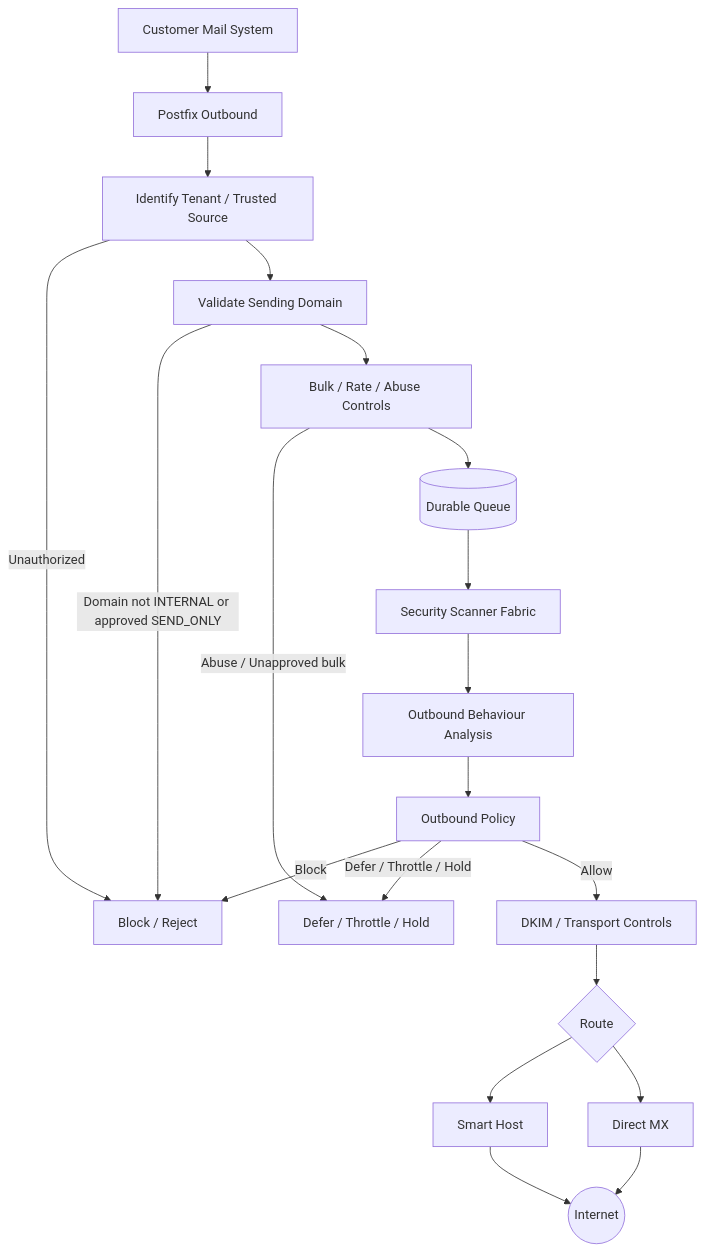
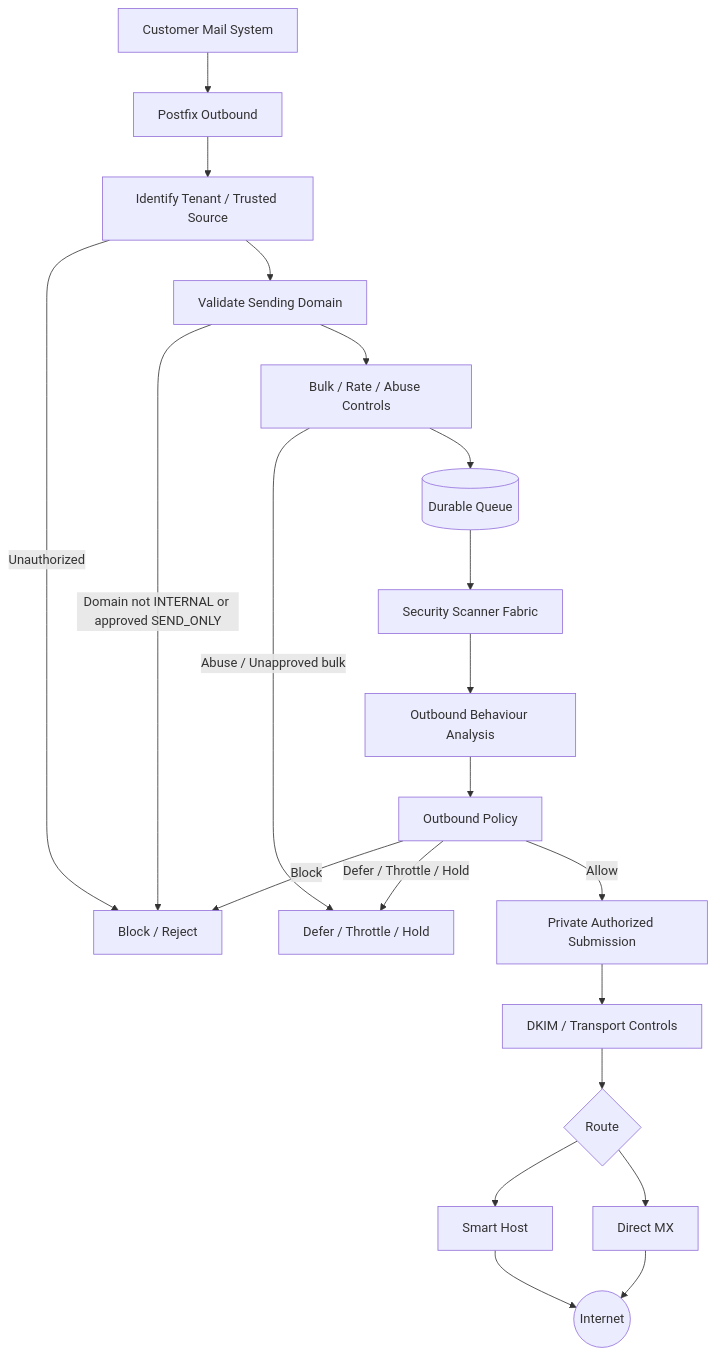
One commit to Oba-SEG/Nullapart changed the diagram in docs/diagrams/02-outbound-mail-flow.mmd. Above: the diagram before and after it, drawn with Mermaid. The commit also changed 12 other files, not shown here.

Commit message:
Harden private outbound DKIM signing

```diff
--- a/docs/diagrams/02-outbound-mail-flow.mmd
+++ b/docs/diagrams/02-outbound-mail-flow.mmd
@@ -1,30 +1,31 @@
 flowchart TD
     Customer[Customer Mail System]
     Postfix[Postfix Outbound]
     Tenant[Identify Tenant / Trusted Source]
     Domain[Validate Sending Domain]
     Bulk[Bulk / Rate / Abuse Controls]
     Queue[(Durable Queue)]
     Scan[Security Scanner Fabric]
     Behaviour[Outbound Behaviour Analysis]
     Policy[Outbound Policy]
+    Submit[Private Authorized Submission]
     Signing[DKIM / Transport Controls]
     Route{Route}
     Smart[Smart Host]
     Direct[Direct MX]
     Block[Block / Reject]
     Defer[Defer / Throttle / Hold]
     Internet((Internet))
 
     Customer --> Postfix --> Tenant
     Tenant -->|Unauthorized| Block
     Tenant --> Domain
     Domain -->|Domain not INTERNAL or approved SEND_ONLY| Block
     Domain --> Bulk
     Bulk -->|Abuse / Unapproved bulk| Defer
     Bulk --> Queue --> Scan --> Behaviour --> Policy
     Policy -->|Block| Block
     Policy -->|Defer / Throttle / Hold| Defer
-    Policy -->|Allow| Signing --> Route
+    Policy -->|Allow| Submit --> Signing --> Route
     Route --> Smart --> Internet
     Route --> Direct --> Internet
```
